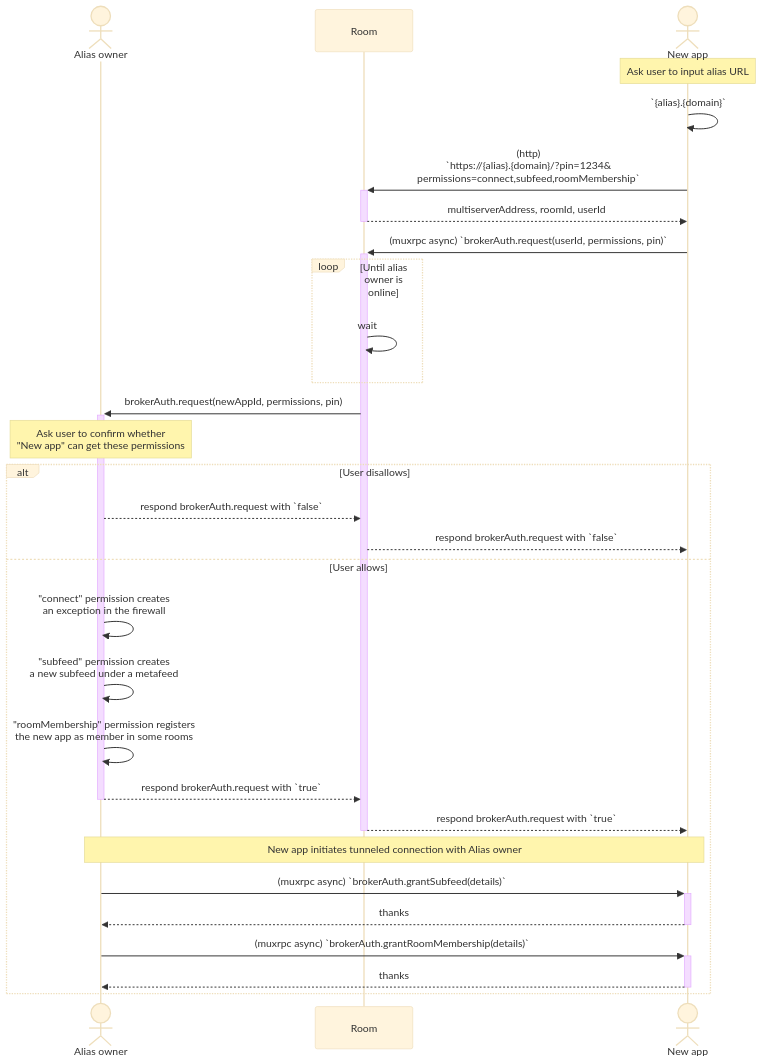
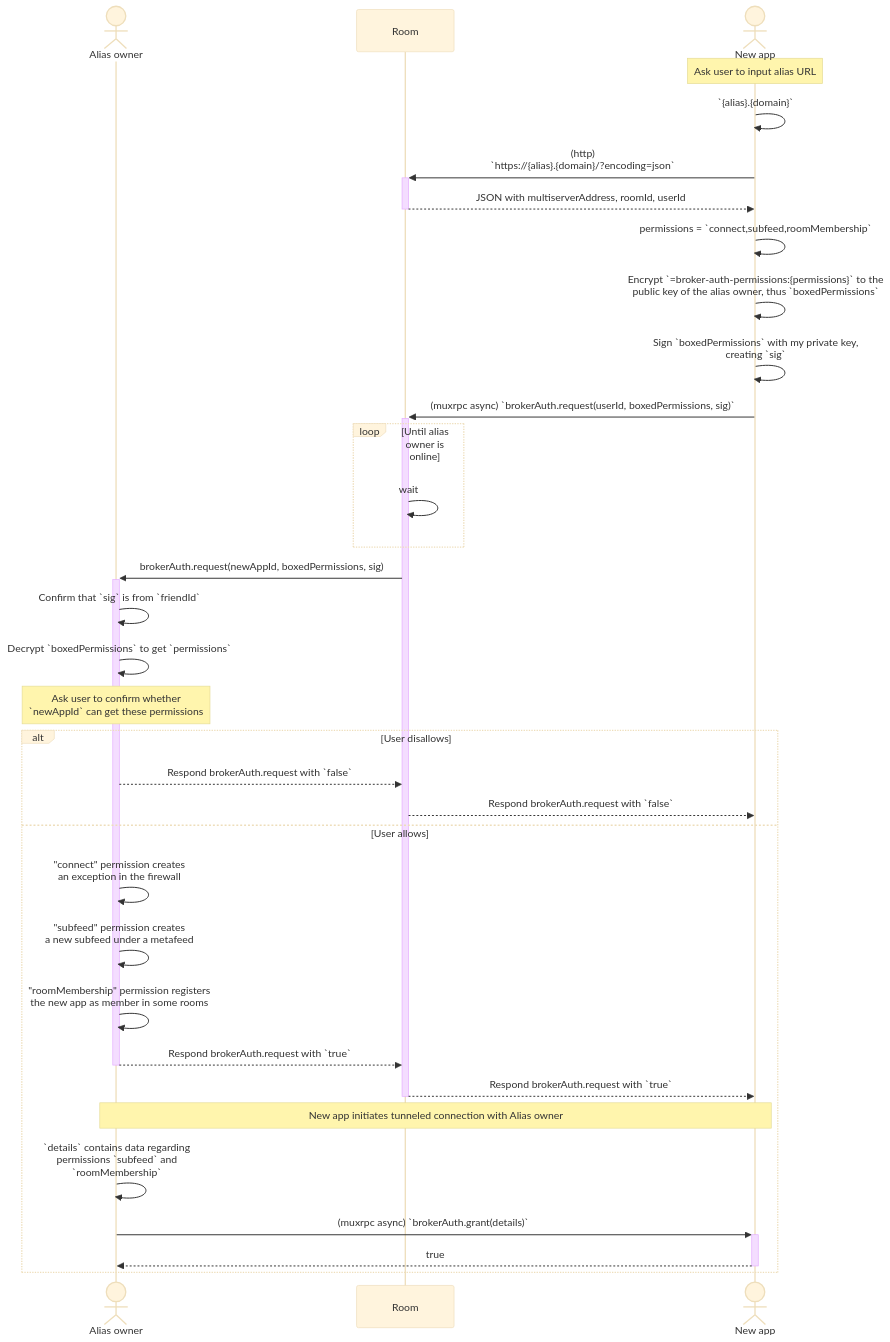
The third of 4 diagrams in content.md (staltz/ssb-room-broker-auth-spec), drawn with Mermaid (base theme) before and after one commit. The commit also changed other lines of this file and 1 other file, not shown here.

````diff
--- a/content.md
+++ b/content.md
@@ -94,37 +99,42 @@
 ```mermaid
 sequenceDiagram
   actor A as Alias owner
   participant R as Room
   actor B as New app
 
   note over B: Ask user to input alias URL
   B->>B: `{alias}.{domain}`
-  B->>+R: (http) <br/>`https://{alias}.{domain}/?pin=1234&<br/>permissions=connect,subfeed,roomMembership`
-  R-->>-B: multiserverAddress, roomId, userId
+  B->>+R: (http) <br/>`https://{alias}.{domain}/?encoding=json`
+  R-->>-B: JSON with multiserverAddress, roomId, userId
+  B->>B: permissions = `connect,subfeed,roomMembership`
+  B->>B: Encrypt `=broker-auth-permissions:{permissions}` to the<br/>public key of the alias owner, thus `boxedPermissions`
+  B->>B: Sign `boxedPermissions` with my private key,<br/>creating `sig`
 
-  B->>+R: (muxrpc async) `brokerAuth.request(userId, permissions, pin)`
+  B->>+R: (muxrpc async) `brokerAuth.request(userId, boxedPermissions, sig)`
 
   loop Until alias owner is online
     R->>R: wait
   end
-  R->>+A: brokerAuth.request(newAppId, permissions, pin)
-  note over A: Ask user to confirm whether<br/>"New app" can get these permissions
+  R->>+A: brokerAuth.request(newAppId, boxedPermissions, sig)
+  A->>A: Confirm that `sig` is from `friendId`
+  A->>A: Decrypt `boxedPermissions` to get `permissions`
+  note over A: Ask user to confirm whether<br/>`newAppId` can get these permissions
+
   alt User disallows
-    A-->>R: respond brokerAuth.request with `false`
-    R-->>B: respond brokerAuth.request with `false`
+    A-->>R: Respond brokerAuth.request with `false`
+    R-->>B: Respond brokerAuth.request with `false`
   else User allows
     A->>A: "connect" permission creates<br/>an exception in the firewall
     A->>A: "subfeed" permission creates<br/>a new subfeed under a metafeed
     A->>A: "roomMembership" permission registers<br/>the new app as member in some rooms
-    A-->>-R: respond brokerAuth.request with `true`
-    R-->>-B: respond brokerAuth.request with `true`
+    A-->>-R: Respond brokerAuth.request with `true`
+    R-->>-B: Respond brokerAuth.request with `true`
 
     note over A,B: New app initiates tunneled connection with Alias owner
 
-    A->>+B: (muxrpc async) `brokerAuth.grantSubfeed(details)`
-    B-->>-A: thanks
+    A->>A: `details` contains data regarding<br/>permissions `subfeed` and<br/>`roomMembership`
 
-    A->>+B: (muxrpc async) `brokerAuth.grantRoomMembership(details)`
-    B-->>-A: thanks
+    A->>+B: (muxrpc async) `brokerAuth.grant(details)`
+    B-->>-A: true
   end
 ```
````
